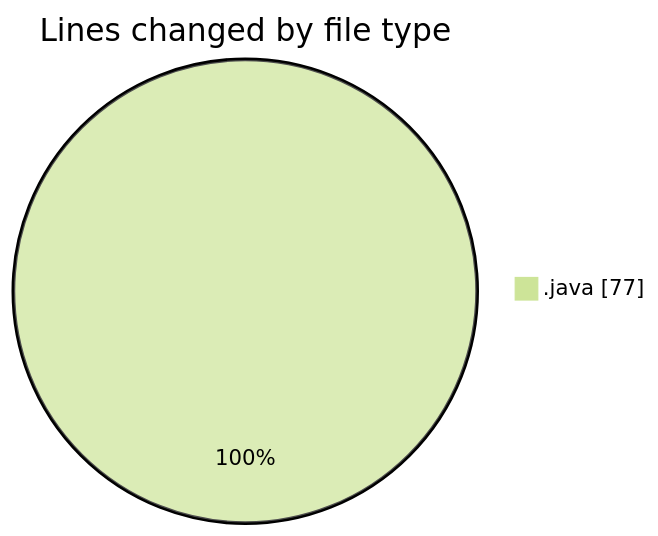
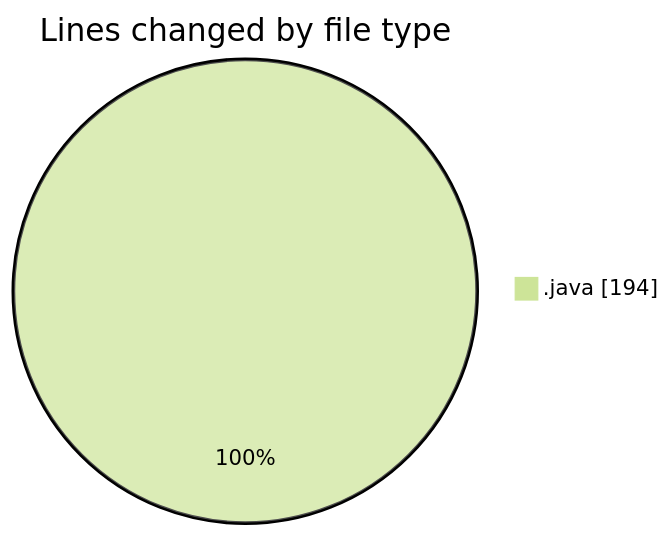
One commit to ricardozamudiocil/code-tracking changed the first of 2 diagrams in 2026-03-02/cilapp/README.md. Above: the diagram before and after it, drawn with Mermaid (forest theme). The commit also changed other lines of this file and 1 other file, not shown here.

````diff
--- a/2026-03-02/cilapp/README.md
+++ b/2026-03-02/cilapp/README.md
@@ -21,5 +21,5 @@
 ```mermaid
 pie showData
 title Lines changed by file type
-".java" : 77
+".java" : 194
 ```
````
